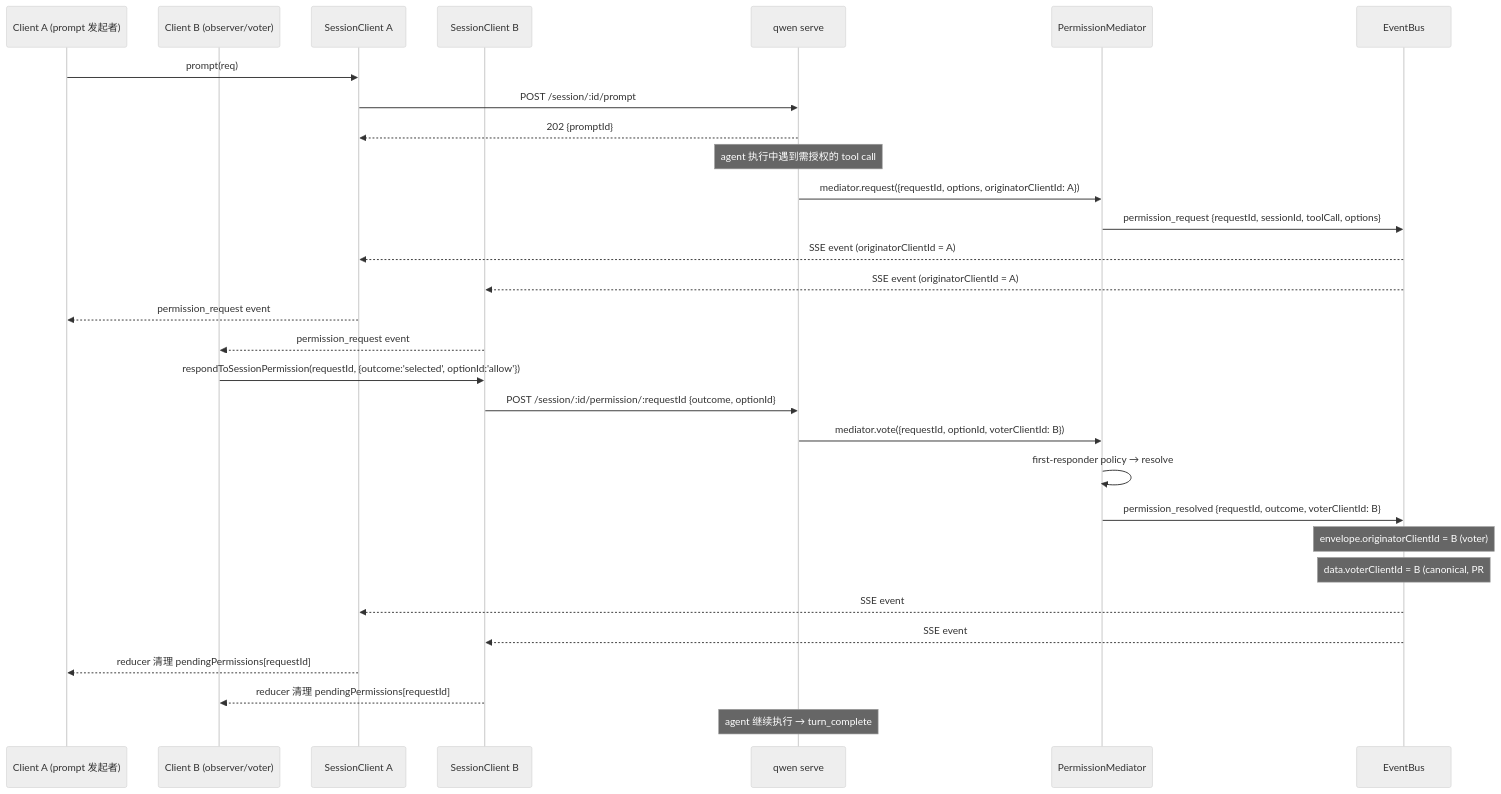
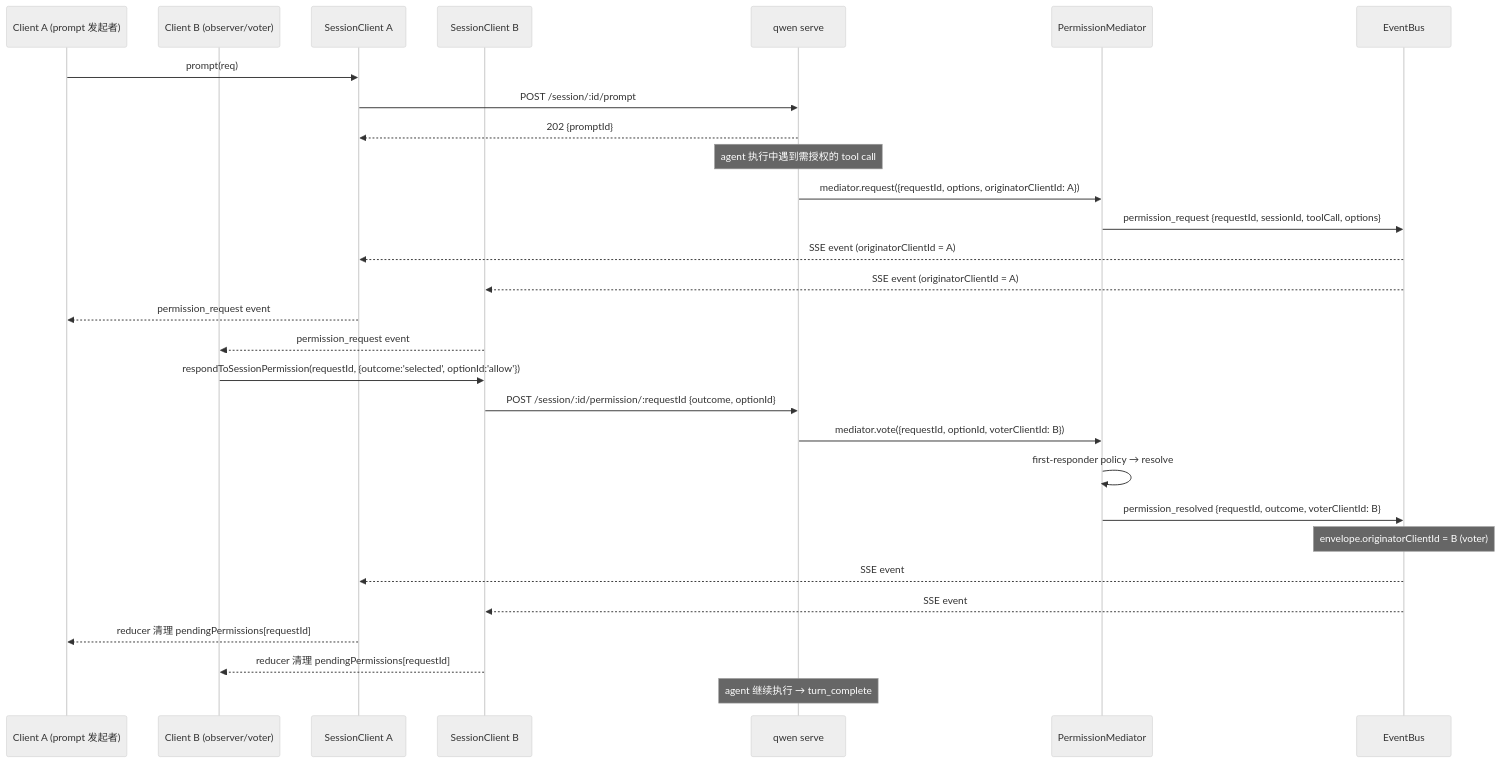
One commit to doudouOUC/code_agent changed the third of 3 diagrams in qwen-code/feature/daemon-serve-mode/10-client-adapters-and-sdk.md. Above: the diagram before and after it, drawn with Mermaid (neutral theme). The commit also changed other lines of this file and 119 other files, not shown here.

````diff
--- a/qwen-code/feature/daemon-serve-mode/10-client-adapters-and-sdk.md
+++ b/qwen-code/feature/daemon-serve-mode/10-client-adapters-and-sdk.md
@@ -435,36 +280,35 @@
 ```mermaid
 sequenceDiagram
     participant C1 as Client A (prompt 发起者)
     participant C2 as Client B (observer/voter)
     participant SDK1 as SessionClient A
     participant SDK2 as SessionClient B
     participant D as qwen serve
     participant Med as PermissionMediator
     participant Bus as EventBus
 
     C1->>SDK1: prompt(req)
     SDK1->>D: POST /session/:id/prompt
     D-->>SDK1: 202 {promptId}
 
     Note over D: agent 执行中遇到需授权的 tool call
     D->>Med: mediator.request({requestId, options, originatorClientId: A})
     Med->>Bus: permission_request {requestId, sessionId, toolCall, options}
     Bus-->>SDK1: SSE event (originatorClientId = A)
     Bus-->>SDK2: SSE event (originatorClientId = A)
     SDK1-->>C1: permission_request event
     SDK2-->>C2: permission_request event
 
     C2->>SDK2: respondToSessionPermission(requestId, {outcome:'selected', optionId:'allow'})
     SDK2->>D: POST /session/:id/permission/:requestId {outcome, optionId}
     D->>Med: mediator.vote({requestId, optionId, voterClientId: B})
     Med->>Med: first-responder policy → resolve
     Med->>Bus: permission_resolved {requestId, outcome, voterClientId: B}
     Note over Bus: envelope.originatorClientId = B (voter)
-    Note over Bus: data.voterClientId = B (canonical, PR #4539)
     Bus-->>SDK1: SSE event
     Bus-->>SDK2: SSE event
     SDK1-->>C1: reducer 清理 pendingPermissions[requestId]
     SDK2-->>C2: reducer 清理 pendingPermissions[requestId]
 
     Note over D: agent 继续执行 → turn_complete
 ```
````
